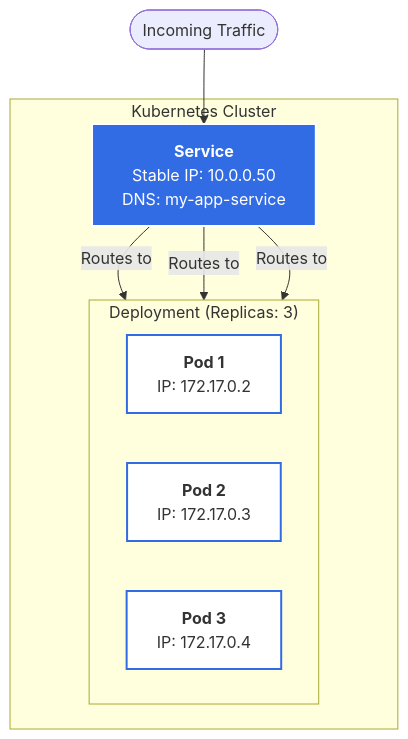
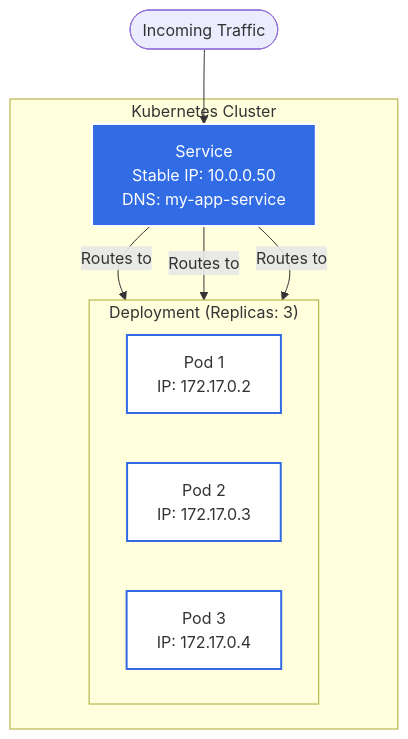
One commit to b0yu-li/b0yu-li.github.io changed the first of 2 diagrams in _posts/2026-03-02-kubernetes-designed-to-be-invisible.md. Above: the diagram before and after it, drawn with Mermaid. The commit also changed other lines of this file, not shown here.

Commit message:
feat: Add mermaid diagram to illustrate the control plane's architecture and enhance the existing service and pod interaction visuals in the Kubernetes blog post

````diff
--- a/_posts/2026-03-02-kubernetes-designed-to-be-invisible.md
+++ b/_posts/2026-03-02-kubernetes-designed-to-be-invisible.md
@@ -109,24 +109,24 @@
 ```mermaid
 flowchart TD
     Traffic([Incoming Traffic]) --> Svc
 
     subgraph "Kubernetes Cluster"
-        Svc[<b>Service</b><br/>Stable IP: 10.0.0.50<br/>DNS: my-app-service]
-        
+        Svc[Service<br/>Stable IP: 10.0.0.50<br/>DNS: my-app-service]
+
         subgraph "Deployment (Replicas: 3)"
             direction LR
-            P1[<b>Pod 1</b><br/>IP: 172.17.0.2]
-            P2[<b>Pod 2</b><br/>IP: 172.17.0.3]
-            P3[<b>Pod 3</b><br/>IP: 172.17.0.4]
+            P1[Pod 1<br/>IP: 172.17.0.2]
+            P2[Pod 2<br/>IP: 172.17.0.3]
+            P3[Pod 3<br/>IP: 172.17.0.4]
         end
-        
+
         Svc -->|Routes to| P1
         Svc -->|Routes to| P2
         Svc -->|Routes to| P3
     end
 
     classDef service fill:#326ce5,stroke:#fff,stroke-width:2px,color:#fff;
     classDef pod fill:#fff,stroke:#326ce5,stroke-width:2px,color:#333;
     class Svc service;
     class P1,P2,P3 pod;
 ```
````
